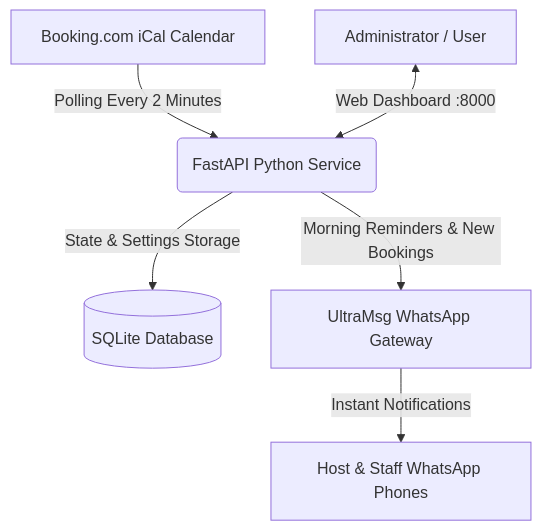
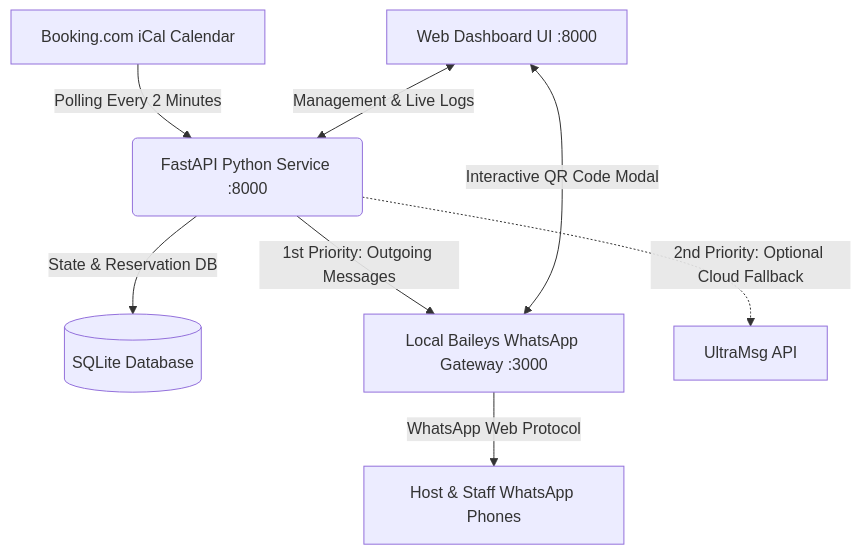
Before and after one commit to MrCoolice/booking-whatsapp-bot: the first of 2 diagrams in README.md, drawn with Mermaid. The commit also changed other lines of this file and 1 other file, not shown here.

Commit message:
Docs: Update bilingual README and install.sh with self-hosted Baileys Gateway

````diff
--- a/README.md
+++ b/README.md
@@ -31,8 +35,10 @@
 ```mermaid
 graph TD
-    A[Booking.com iCal Calendar] -->|Polling Every 2 Minutes| B(FastAPI Python Service)
-    B -->|State & Settings Storage| C[(SQLite Database)]
-    B -->|Morning Reminders & New Bookings| D[UltraMsg WhatsApp Gateway]
-    D -->|Instant Notifications| E[Host & Staff WhatsApp Phones]
-    F[Administrator / User] <-->|Web Dashboard :8000| B
+    A[Booking.com iCal Calendar] -->|Polling Every 2 Minutes| B(FastAPI Python Service :8000)
+    B -->|State & Reservation DB| C[(SQLite Database)]
+    B -->|1st Priority: Outgoing Messages| D[Local Baileys WhatsApp Gateway :3000]
+    D -->|WhatsApp Web Protocol| E[Host & Staff WhatsApp Phones]
+    B -.->|2nd Priority: Optional Cloud Fallback| F[UltraMsg API]
+    G[Web Dashboard UI :8000] <-->|Interactive QR Code Modal| D
+    G <-->|Management & Live Logs| B
 ```
````
